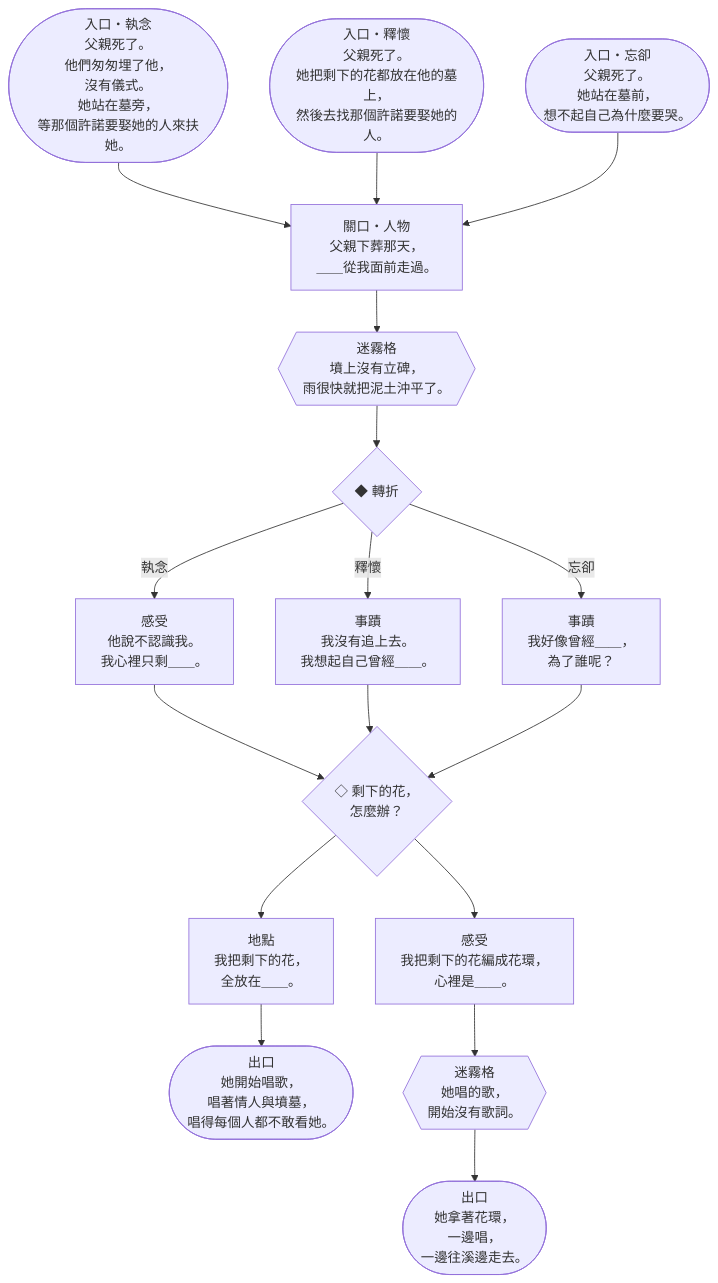
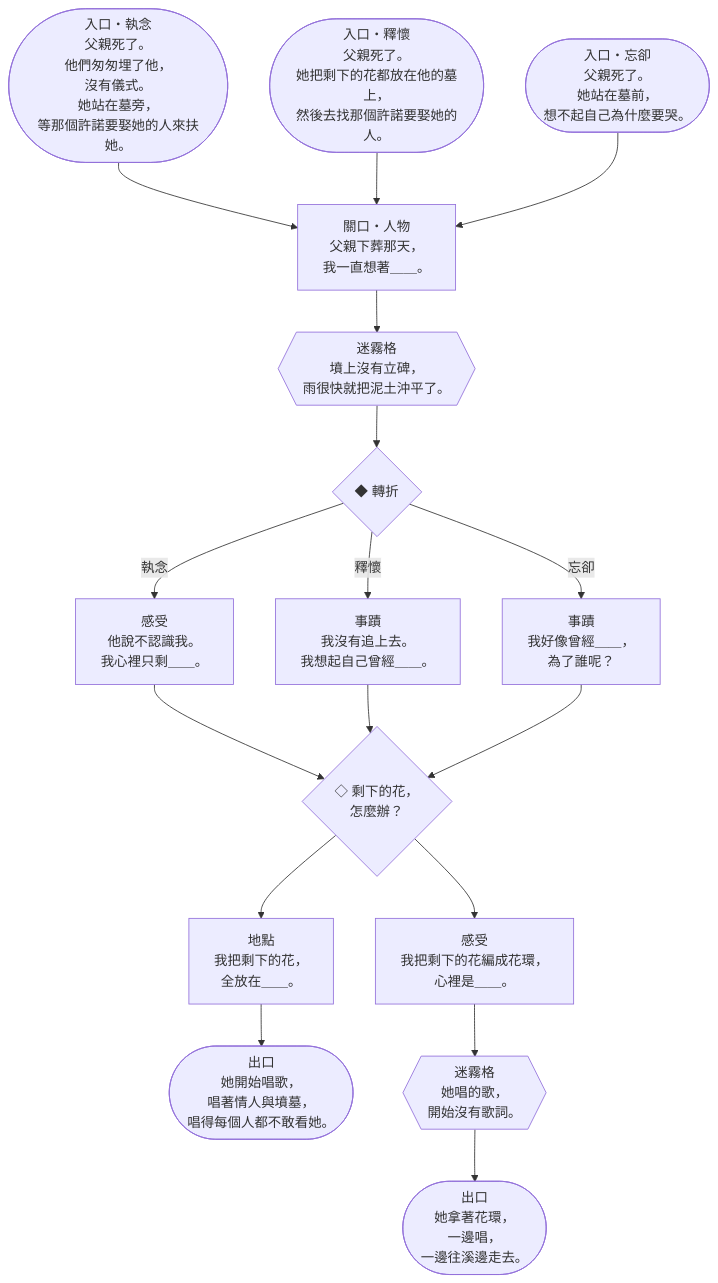
The fifth of 15 diagrams in docs/design/V5-storybooks.zh-TW.md (Ralph-Liu-Hub/Boardgame-Netherbloom), drawn with Mermaid before and after one commit. The commit also changed other lines of this file and 4 other files, not shown here.

````diff
--- a/docs/design/V5-storybooks.zh-TW.md
+++ b/docs/design/V5-storybooks.zh-TW.md
@@ -478,31 +478,31 @@
 ```mermaid
 flowchart TD
   c1E0(["入口・執念<br>父親死了。<br>他們匆匆埋了他，<br>沒有儀式。<br>她站在墓旁，<br>等那個許諾要娶她的人來扶她。"]) --> c1a
   c1E1(["入口・釋懷<br>父親死了。<br>她把剩下的花都放在他的墓上，<br>然後去找那個許諾要娶她的人。"]) --> c1a
   c1E2(["入口・忘卻<br>父親死了。<br>她站在墓前，<br>想不起自己為什麼要哭。"]) --> c1a
-  c1a["關口・人物<br>父親下葬那天，<br>＿＿從我面前走過。"]
+  c1a["關口・人物<br>父親下葬那天，<br>我一直想著＿＿。"]
   c1a --> c1x1
   c1x1{{"迷霧格<br>墳上沒有立碑，<br>雨很快就把泥土沖平了。"}}
   c1x1 --> c1f
   c1f{"◆ 轉折"}
   c1f -- 執念 --> c1c1
   c1f -- 釋懷 --> c1c2
   c1f -- 忘卻 --> c1c3
   c1c1["感受<br>他說不認識我。<br>我心裡只剩＿＿。"]
   c1c1 --> c1p1
   c1c2["事蹟<br>我沒有追上去。<br>我想起自己曾經＿＿。"]
   c1c2 --> c1p1
   c1c3["事蹟<br>我好像曾經＿＿，<br>為了誰呢？"]
   c1c3 --> c1p1
   c1p1{"◇ 剩下的花，<br>怎麼辦？"}
   c1p1 --> c1d1
   c1p1 --> c1d2
   c1d1["地點<br>我把剩下的花，<br>全放在＿＿。"]
   c1d1 --> c1o1
   c1d2["感受<br>我把剩下的花編成花環，<br>心裡是＿＿。"]
   c1d2 --> c1x2
   c1x2{{"迷霧格<br>她唱的歌，<br>開始沒有歌詞。"}}
   c1x2 --> c1o2
   c1o1(["出口<br>她開始唱歌，<br>唱著情人與墳墓，<br>唱得每個人都不敢看她。"])
   c1o2(["出口<br>她拿著花環，<br>一邊唱，<br>一邊往溪邊走去。"])
 ```
````
